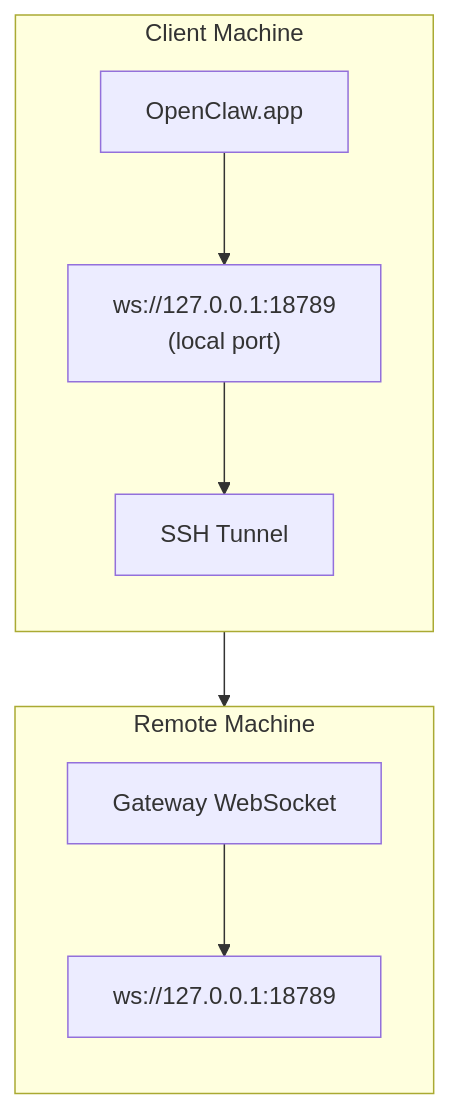
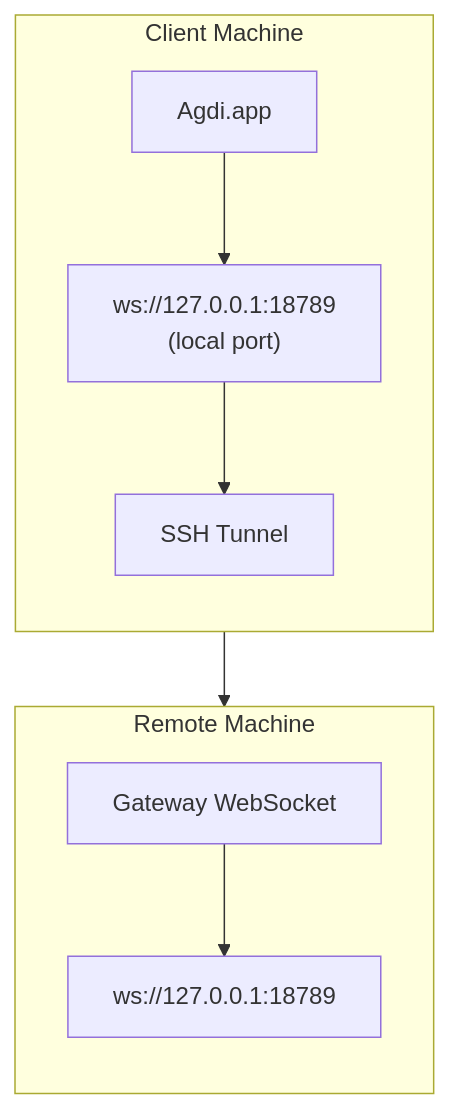
Before and after one commit to anassagd432/Agdi: the diagram in docs/gateway/remote-gateway-readme.md, drawn with Mermaid. The commit also changed other lines of this file and 648 other files, not shown here.

Commit message:
docs: complete repository-wide rebranding from OpenClaw to Agdi

````diff
--- a/docs/gateway/remote-gateway-readme.md
+++ b/docs/gateway/remote-gateway-readme.md
@@ -13,20 +13,20 @@
 ```mermaid
 flowchart TB
     subgraph Client["Client Machine"]
         direction TB
-        A["OpenClaw.app"]
+        A["Agdi.app"]
         B["ws://127.0.0.1:18789\n(local port)"]
         T["SSH Tunnel"]
 
         A --> B
         B --> T
     end
     subgraph Remote["Remote Machine"]
         direction TB
         C["Gateway WebSocket"]
         D["ws://127.0.0.1:18789"]
 
         C --> D
     end
     T --> C
 ```
````
